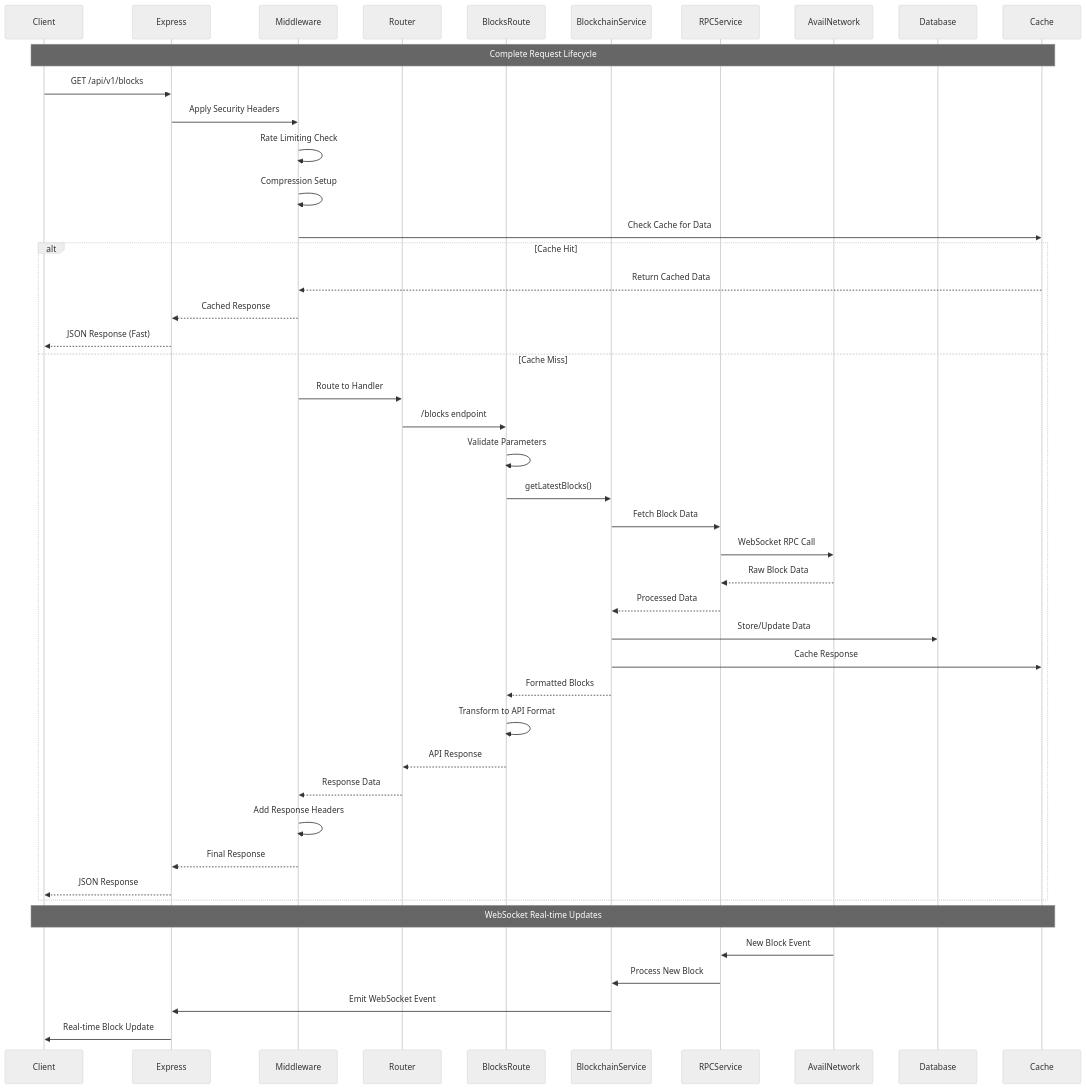
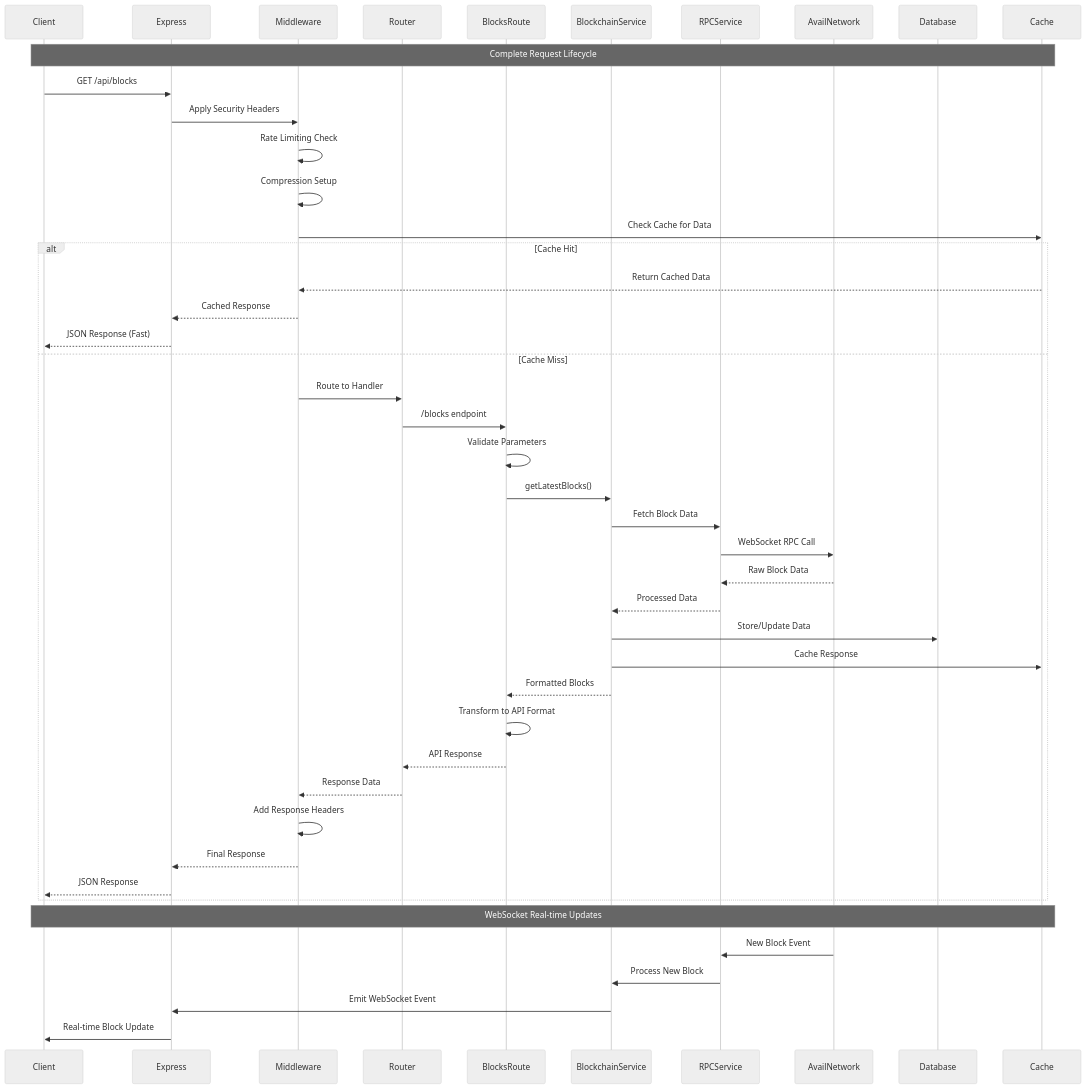
Before and after one commit to avail-dashboard/server: the seventh of 8 diagrams in AI Documentation/Project_Architecture_Diagram.md, drawn with Mermaid (neutral theme). The commit also changed other lines of this file and 22 other files, not shown here.

````diff
--- a/AI Documentation/Project_Architecture_Diagram.md
+++ b/AI Documentation/Project_Architecture_Diagram.md
@@ -743,54 +743,54 @@
 ```mermaid
 sequenceDiagram
     participant Client
     participant Express
     participant Middleware
     participant Router
     participant BlocksRoute
     participant BlockchainService
     participant RPCService
     participant AvailNetwork
     participant Database
     participant Cache
 
     Note over Client,Cache: Complete Request Lifecycle
 
-    Client->>Express: GET /api/v1/blocks
+    Client->>Express: GET /api/blocks
     Express->>Middleware: Apply Security Headers
     Middleware->>Middleware: Rate Limiting Check
     Middleware->>Middleware: Compression Setup
     Middleware->>Cache: Check Cache for Data
     
     alt Cache Hit
         Cache-->>Middleware: Return Cached Data
         Middleware-->>Express: Cached Response
         Express-->>Client: JSON Response (Fast)
     else Cache Miss
         Middleware->>Router: Route to Handler
         Router->>BlocksRoute: /blocks endpoint
         BlocksRoute->>BlocksRoute: Validate Parameters
         BlocksRoute->>BlockchainService: getLatestBlocks()
         
         BlockchainService->>RPCService: Fetch Block Data
         RPCService->>AvailNetwork: WebSocket RPC Call
         AvailNetwork-->>RPCService: Raw Block Data
         RPCService-->>BlockchainService: Processed Data
         
         BlockchainService->>Database: Store/Update Data
         BlockchainService->>Cache: Cache Response
         BlockchainService-->>BlocksRoute: Formatted Blocks
         
         BlocksRoute->>BlocksRoute: Transform to API Format
         BlocksRoute-->>Router: API Response
         Router-->>Middleware: Response Data
         Middleware->>Middleware: Add Response Headers
         Middleware-->>Express: Final Response
         Express-->>Client: JSON Response
     end
 
     Note over Client,Cache: WebSocket Real-time Updates
     AvailNetwork->>RPCService: New Block Event
     RPCService->>BlockchainService: Process New Block
     BlockchainService->>Express: Emit WebSocket Event
     Express->>Client: Real-time Block Update
 ```
````
